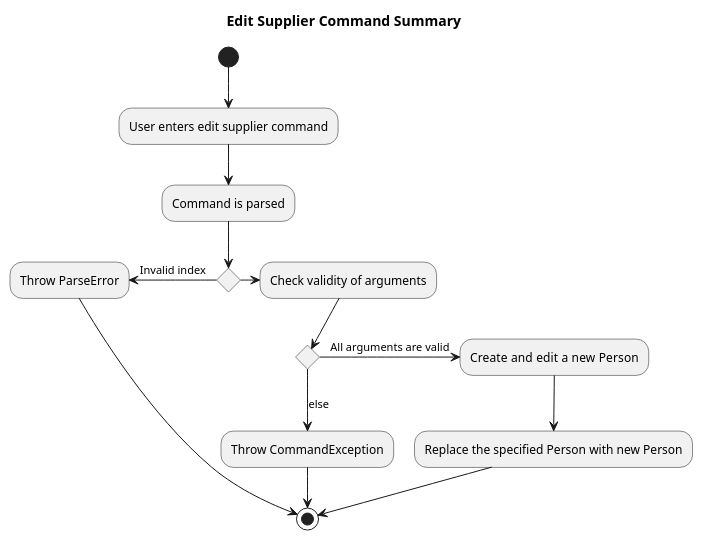
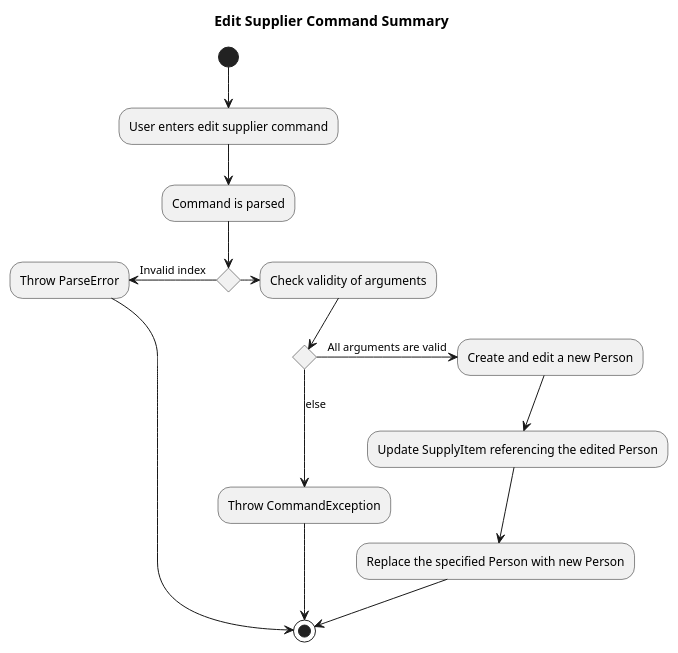
One commit to nus-cs2103-AY2223S1/tp changed the diagram in docs/diagrams/EditCommandSummaryActivityDiagram.puml. Above: the diagram before and after it, drawn with PlantUML. The commit also changed 1 other file, not shown here.

Commit message:
Update diagrams with new editcommand details

```diff
--- a/docs/diagrams/EditCommandSummaryActivityDiagram.puml
+++ b/docs/diagrams/EditCommandSummaryActivityDiagram.puml
@@ -1,23 +1,24 @@
 @startuml
 'https://plantuml.com/activity-diagram-beta
 
 title Edit Supplier Command Summary
 (*) --> "User enters edit supplier command"
 --> Command is parsed
 if "" then
     -left->[Invalid index]"Throw ParseError"
     --> (*)
 else
     -right-> Check validity of arguments
     if "" then
-        -right->[All arguments are valid] "Create and edit a new  Person"
+        -right->[All arguments are valid] "Create and edit a new Person"
+        -down->"Update SupplyItem referencing the edited Person"
         -down->"Replace the specified Person with new Person"
         --> (*)
     else
         -down>[else]"Throw CommandException"
     endif
 endif
 
 --> (*)
 
 @enduml
```
